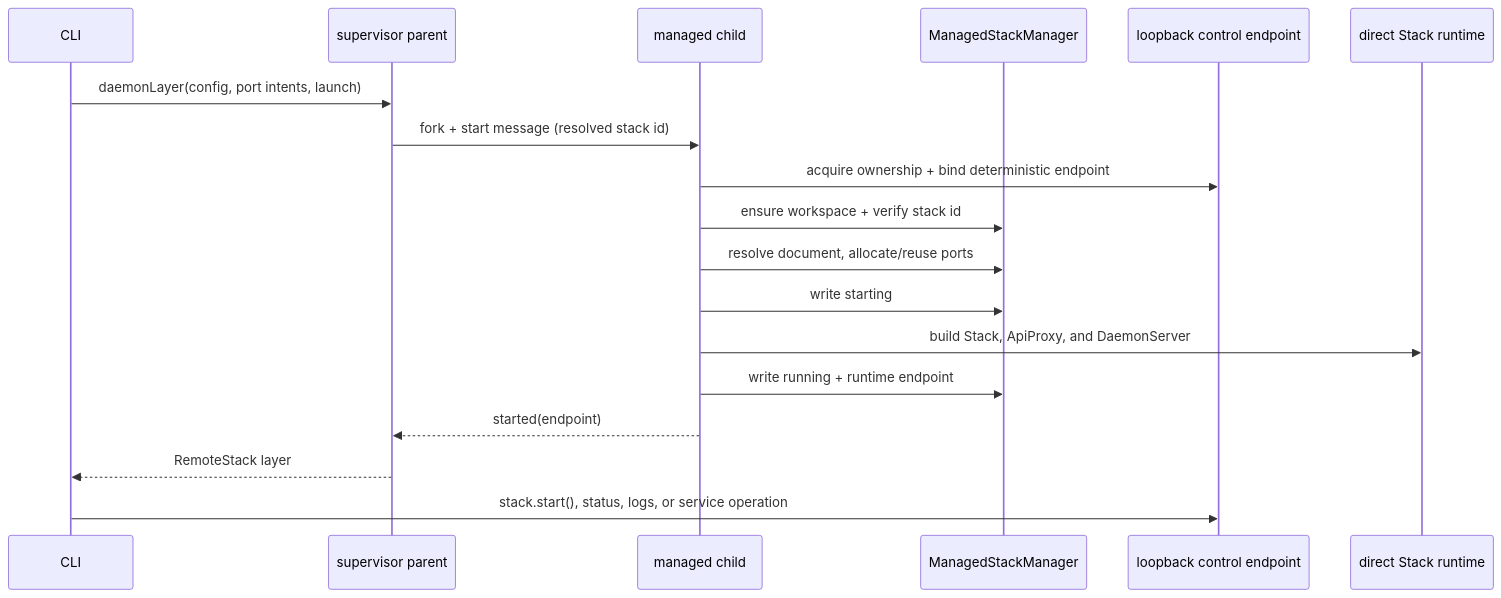
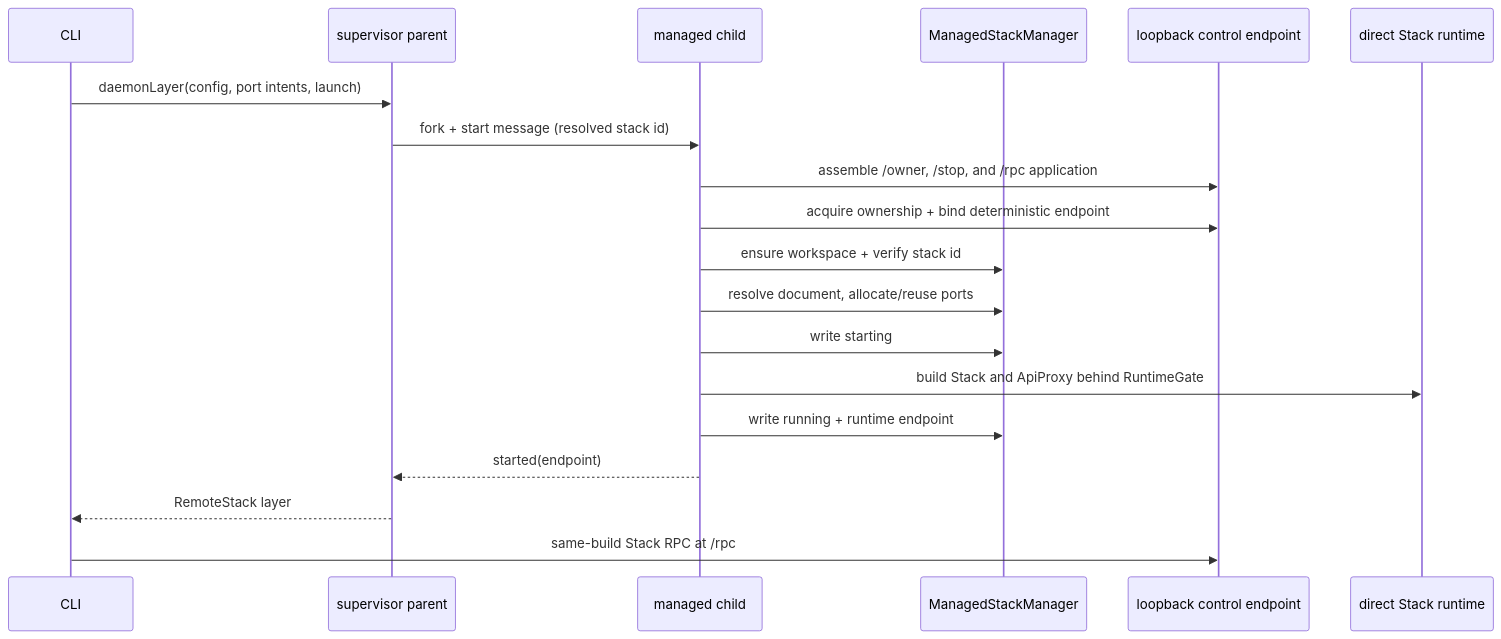
The diagram in packages/stack/docs/architecture.md (supabase/cli), drawn with Mermaid before and after one commit. The commit also changed other lines of this file and 69 other files, not shown here.

Commit message:
feat(stack): replace remote runtime protocol with Effect RPC

````diff
--- a/packages/stack/docs/architecture.md
+++ b/packages/stack/docs/architecture.md
@@ -27,21 +29,22 @@
 ```mermaid
 sequenceDiagram
     participant CLI
     participant Parent as supervisor parent
     participant Child as managed child
     participant Manager as ManagedStackManager
     participant Control as loopback control endpoint
     participant Runtime as direct Stack runtime
 
     CLI->>Parent: daemonLayer(config, port intents, launch)
     Parent->>Child: fork + start message (resolved stack id)
+    Child->>Control: assemble /owner, /stop, and /rpc application
     Child->>Control: acquire ownership + bind deterministic endpoint
     Child->>Manager: ensure workspace + verify stack id
     Child->>Manager: resolve document, allocate/reuse ports
     Child->>Manager: write starting
-    Child->>Runtime: build Stack, ApiProxy, and DaemonServer
+    Child->>Runtime: build Stack and ApiProxy behind RuntimeGate
     Child->>Manager: write running + runtime endpoint
     Child-->>Parent: started(endpoint)
     Parent-->>CLI: RemoteStack layer
-    CLI->>Control: stack.start(), status, logs, or service operation
+    CLI->>Control: same-build Stack RPC at /rpc
 ```
````
